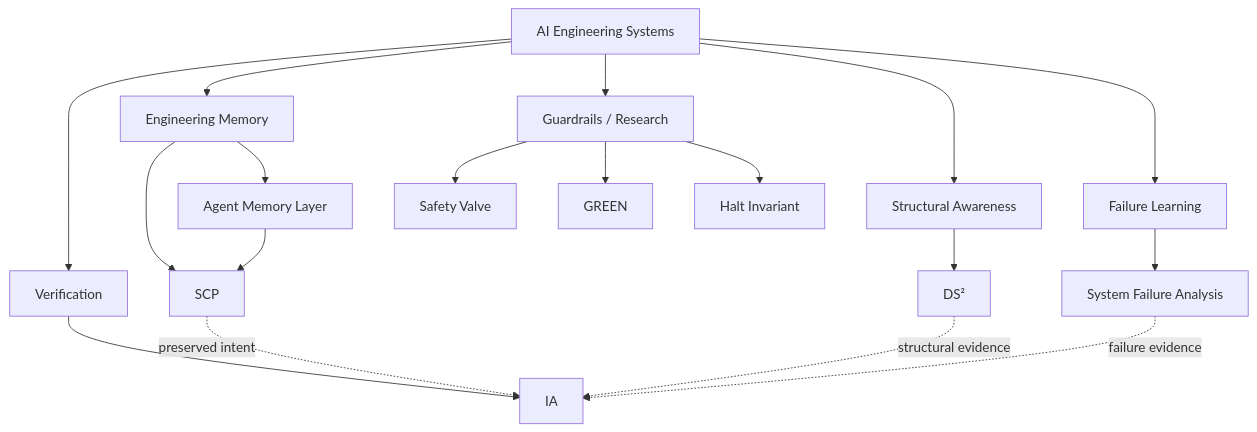
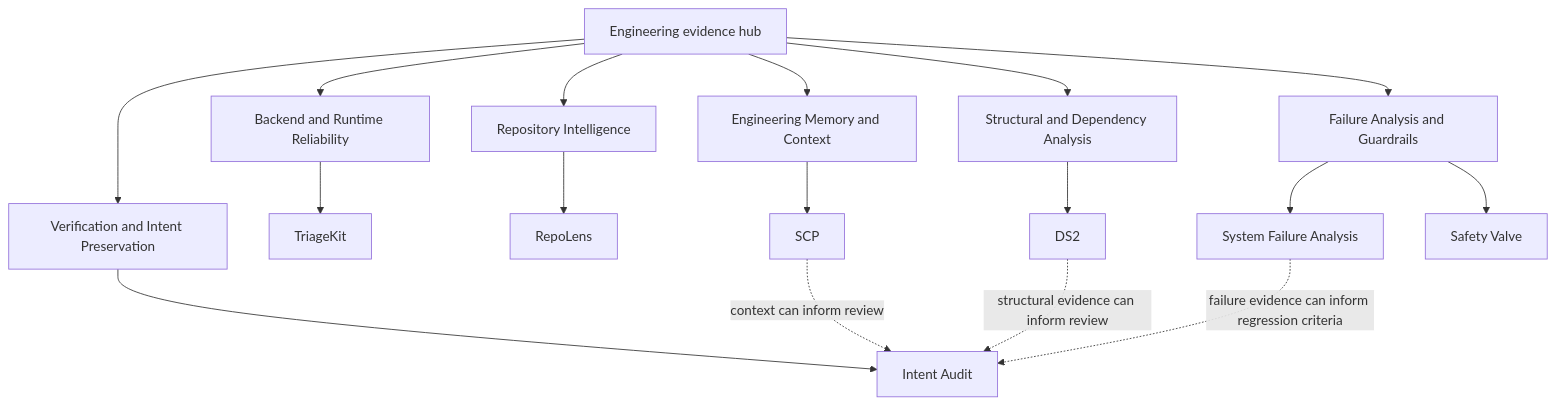
One commit to ragnarok268/ai-engineering-systems changed the diagram in assets/architecture.mmd. Above: the diagram before and after it, drawn with Mermaid. The commit also changed 12 other files, not shown here.

First line of the commit message:
docs: reframe engineering hub around capabilities and evidence

```diff
--- a/assets/architecture.mmd
+++ b/assets/architecture.mmd
@@ -1,23 +1,17 @@
 flowchart TD
-    A[AI Engineering Systems] --> B[Engineering Memory]
-    B --> C[Agent Memory Layer]
-    B --> D[SCP]
-
-    A --> E[Verification]
-    E --> F[IA]
-
-    A --> G[Structural Awareness]
-    G --> H[DS²]
-
-    A --> I[Failure Learning]
-    I --> J[System Failure Analysis]
-
-    A --> K[Guardrails / Research]
-    K --> L[Safety Valve]
-    K --> M[GREEN]
-    K --> N[Halt Invariant]
-
-    C --> D
-    D -. preserved intent .-> F
-    H -. structural evidence .-> F
-    J -. failure evidence .-> F
+    Hub["Engineering evidence hub"] --> Backend["Backend and Runtime Reliability"]
+    Hub --> Verify["Verification and Intent Preservation"]
+    Hub --> Intel["Repository Intelligence"]
+    Hub --> Structure["Structural and Dependency Analysis"]
+    Hub --> Memory["Engineering Memory and Context"]
+    Hub --> Failure["Failure Analysis and Guardrails"]
+    Backend --> Triage["TriageKit"]
+    Verify --> IA["Intent Audit"]
+    Intel --> RepoLens["RepoLens"]
+    Structure --> DS2["DS2"]
+    Memory --> SCP["SCP"]
+    Failure --> SFA["System Failure Analysis"]
+    Failure --> Safety["Safety Valve"]
+    SCP -. "context can inform review" .-> IA
+    DS2 -. "structural evidence can inform review" .-> IA
+    SFA -. "failure evidence can inform regression criteria" .-> IA
```
